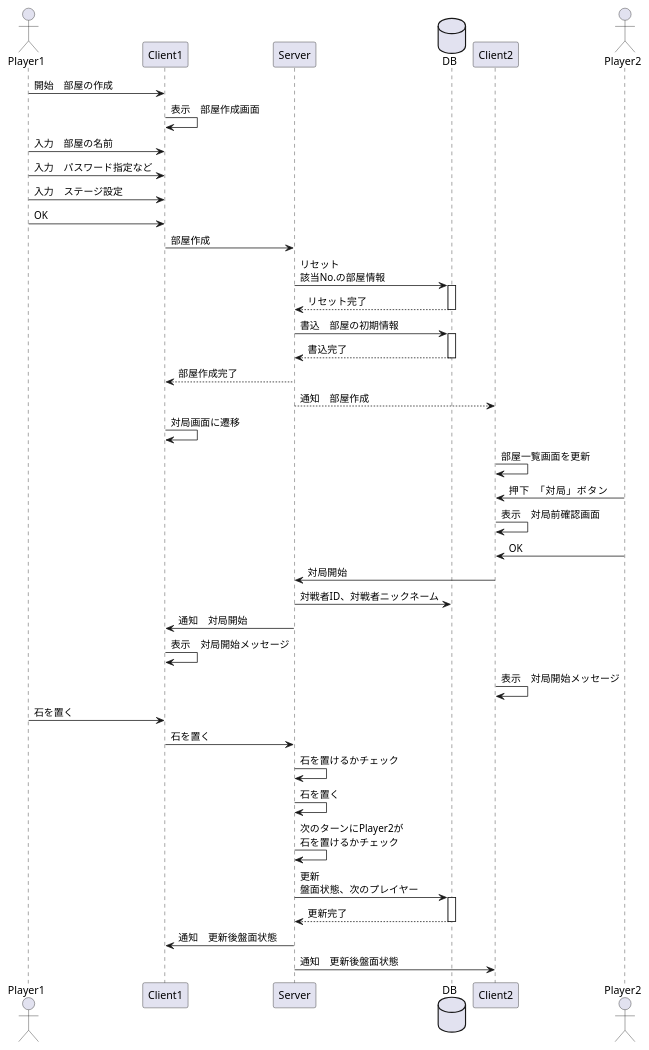
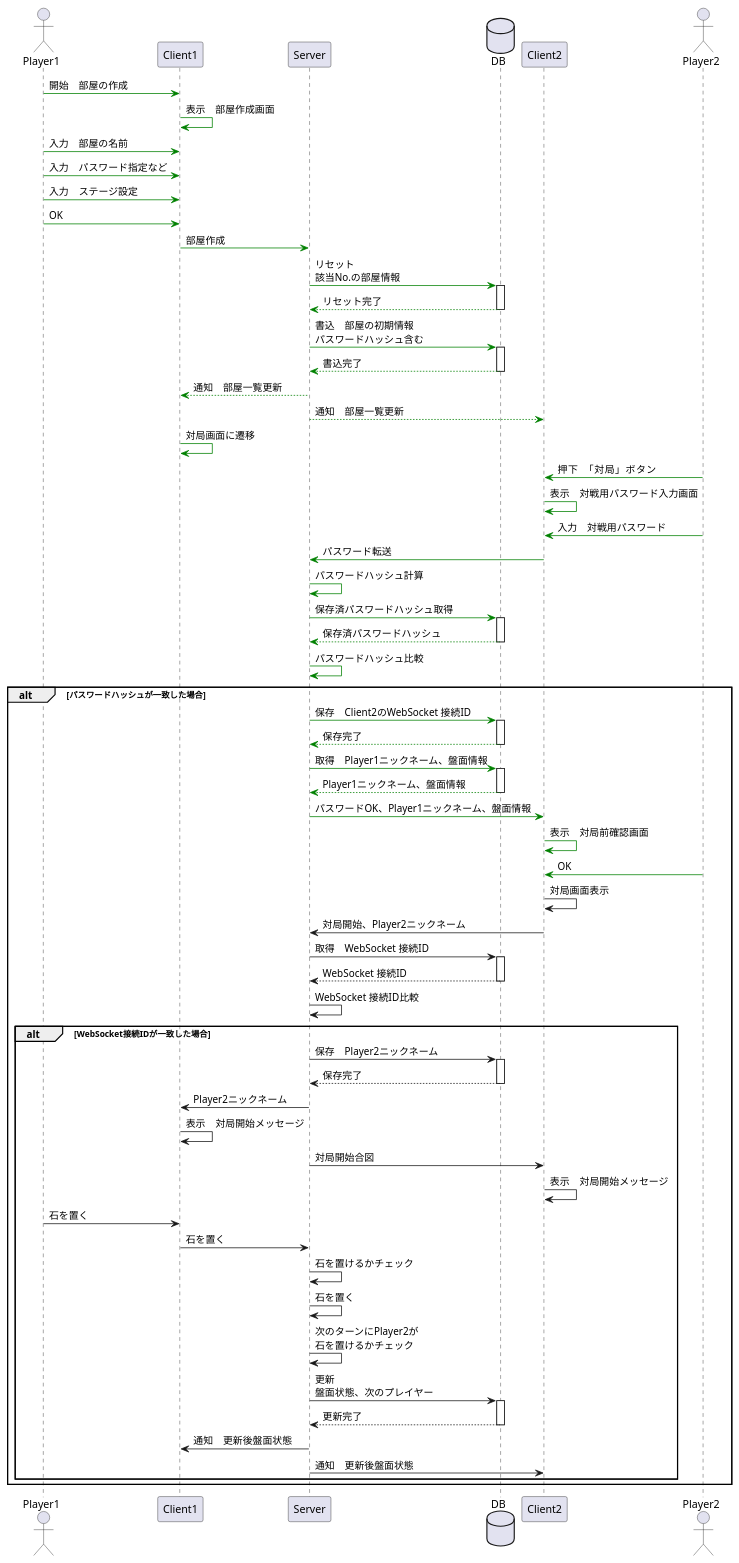
The diagram in docs/sequence_game.puml (kusa-mochi/flexible-reversi), drawn with PlantUML before and after one commit.

Commit message:
make sequence diagram of room access.

```diff
--- a/docs/sequence_game.puml
+++ b/docs/sequence_game.puml
@@ -1,54 +1,85 @@
 @startuml sequence_game
 
 actor Player1
 participant Client1
 participant Server
 database DB
 participant Client2
 actor Player2
 
 ' Player1による部屋作成
 
-Player1 -> Client1 : 開始　部屋の作成
-Client1 -> Client1 : 表示　部屋作成画面
-Player1 -> Client1 : 入力　部屋の名前
-Player1 -> Client1 : 入力　パスワード指定など
-Player1 -> Client1 : 入力　ステージ設定
-Player1 -> Client1 : OK
-Client1 -> Server : 部屋作成
-Server -> DB : リセット\n該当No.の部屋情報
+Player1 -[#Green]> Client1 : 開始　部屋の作成
+Client1 -[#Green]> Client1 : 表示　部屋作成画面
+Player1 -[#Green]> Client1 : 入力　部屋の名前
+Player1 -[#Green]> Client1 : 入力　パスワード指定など
+Player1 -[#Green]> Client1 : 入力　ステージ設定
+Player1 -[#Green]> Client1 : OK
+Client1 -[#Green]> Server : 部屋作成
+Server -[#Green]> DB : リセット\n該当No.の部屋情報
 activate DB
-DB --> Server : リセット完了
+DB -[#Green]-> Server : リセット完了
 deactivate DB
-Server -> DB : 書込　部屋の初期情報
+Server -[#Green]> DB : 書込　部屋の初期情報\nパスワードハッシュ含む
 activate DB
-DB --> Server : 書込完了
+DB -[#Green]-> Server : 書込完了
 deactivate DB
-Server --> Client1 : 部屋作成完了
-Server --> Client2 : 通知　部屋作成
-Client1 -> Client1 : 対局画面に遷移
-Client2 -> Client2 : 部屋一覧画面を更新
+Server -[#Green]-> Client1 : 通知　部屋一覧更新
+Server -[#Green]-> Client2 : 通知　部屋一覧更新
+Client1 -[#Green]> Client1 : 対局画面に遷移
 
 ' Player2参戦
 
-Player2 -> Client2 : 押下　「対局」ボタン
-Client2 -> Client2 : 表示　対局前確認画面
-Player2 -> Client2 : OK
-Client2 -> Server : 対局開始
-Server -> DB : 対戦者ID、対戦者ニックネーム
-Server -> Client1 : 通知　対局開始
-Client1 -> Client1 : 表示　対局開始メッセージ
-Client2 -> Client2 : 表示　対局開始メッセージ
-Player1 -> Client1 : 石を置く
-Client1 -> Server : 石を置く
-Server -> Server : 石を置けるかチェック
-Server -> Server : 石を置く
-Server -> Server : 次のターンにPlayer2が\n石を置けるかチェック
-Server -> DB : 更新\n盤面状態、次のプレイヤー
+Player2 -[#Green]> Client2 : 押下　「対局」ボタン
+Client2 -[#Green]> Client2 : 表示　対戦用パスワード入力画面
+Player2 -[#Green]> Client2 : 入力　対戦用パスワード
+Client2 -[#Green]> Server : パスワード転送
+Server -[#Green]> Server : パスワードハッシュ計算
+Server -[#Green]> DB : 保存済パスワードハッシュ取得
 activate DB
-DB --> Server : 更新完了
+DB -[#Green]-> Server : 保存済パスワードハッシュ
 deactivate DB
-Server -> Client1 : 通知　更新後盤面状態
-Server -> Client2 : 通知　更新後盤面状態
+Server -[#Green]> Server : パスワードハッシュ比較
+alt パスワードハッシュが一致した場合
+    Server -[#Green]> DB : 保存　Client2のWebSocket 接続ID
+    activate DB
+    DB -[#Green]-> Server : 保存完了
+    deactivate DB
+    Server -[#Green]> DB : 取得　Player1ニックネーム、盤面情報
+    activate DB
+    DB -[#Green]-> Server : Player1ニックネーム、盤面情報
+    deactivate DB
+    Server -[#Green]> Client2 : パスワードOK、Player1ニックネーム、盤面情報
+    Client2 -[#Green]> Client2 : 表示　対局前確認画面
+    Player2 -[#Green]> Client2 : OK
+    Client2 -> Client2 : 対局画面表示
+    Client2 -> Server : 対局開始、Player2ニックネーム
+    Server -> DB : 取得　WebSocket 接続ID
+    activate DB
+    DB --> Server : WebSocket 接続ID
+    deactivate DB
+    Server -> Server : WebSocket 接続ID比較
+    alt WebSocket接続IDが一致した場合
+        Server -> DB : 保存　Player2ニックネーム
+        activate DB
+        DB --> Server : 保存完了
+        deactivate DB
+        Server -> Client1 : Player2ニックネーム
+        Client1 -> Client1 : 表示　対局開始メッセージ
+        Server -> Client2 : 対局開始合図
+        Client2 -> Client2 : 表示　対局開始メッセージ
+        Player1 -> Client1 : 石を置く
+        Client1 -> Server : 石を置く
+        Server -> Server : 石を置けるかチェック
+        Server -> Server : 石を置く
+        Server -> Server : 次のターンにPlayer2が\n石を置けるかチェック
+        Server -> DB : 更新\n盤面状態、次のプレイヤー
+        activate DB
+        DB --> Server : 更新完了
+        deactivate DB
+        Server -> Client1 : 通知　更新後盤面状態
+        Server -> Client2 : 通知　更新後盤面状態
+    end
+end
 
 @enduml
```
